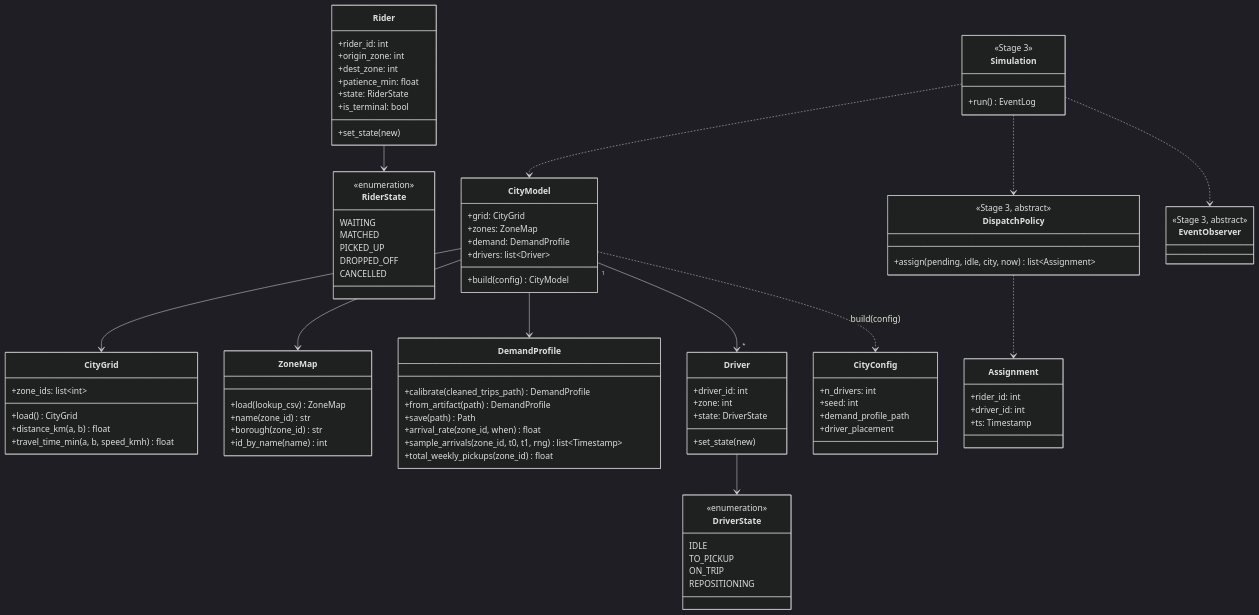
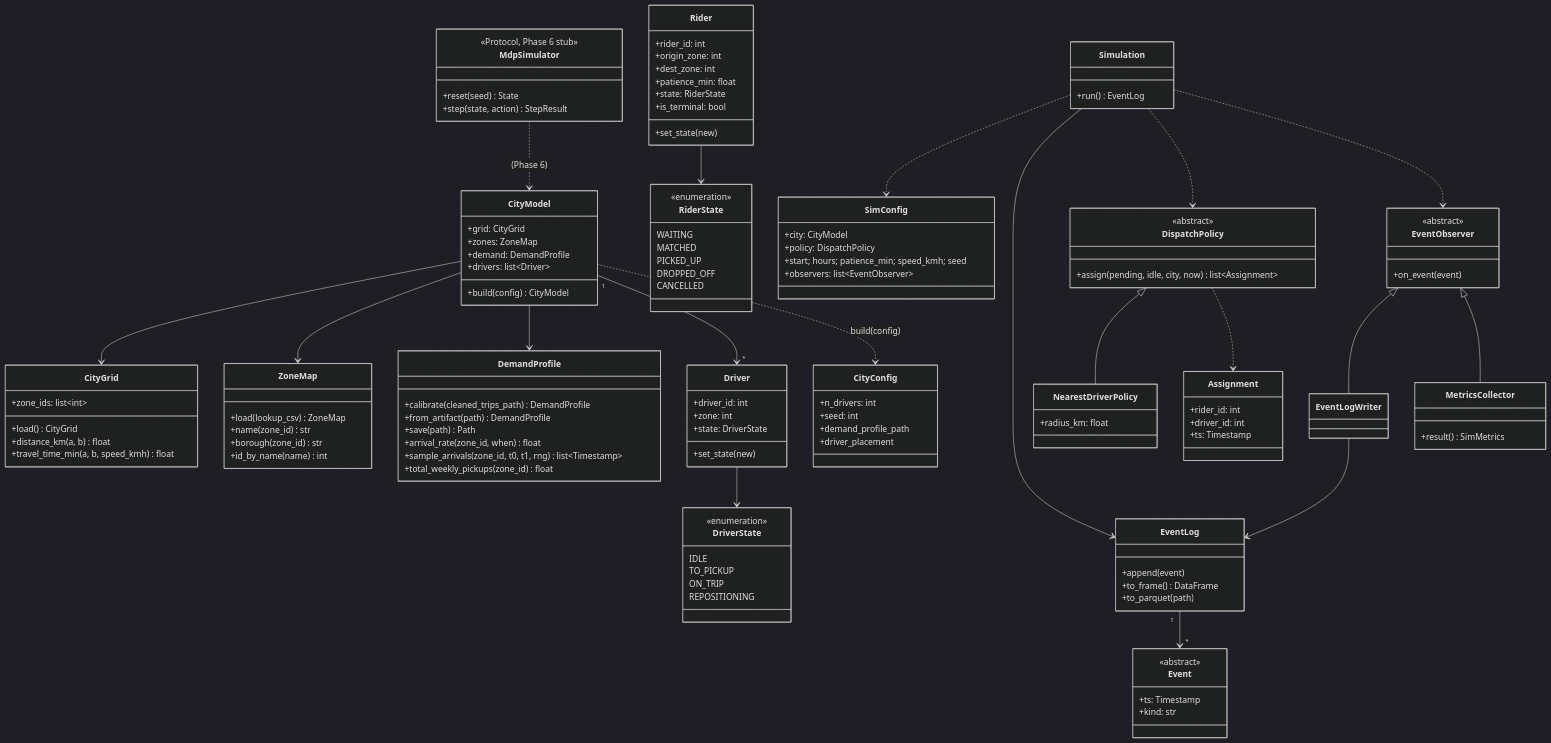
Before and after one commit to r03922123/ride_sharing: the diagram in docs/lld/sim-class-diagram.md, drawn with Mermaid (dark theme). The commit also changed other lines of this file and 2 other files, not shown here.

Commit message:
Stage 3 M6: ADR-0003 + class diagram; Stage 3 complete (Phase 0 Done)
Claude-Session: https://claude.ai/code/session_014uQ3YiC393SkhA9jnibFgT

````diff
--- a/docs/lld/sim-class-diagram.md
+++ b/docs/lld/sim-class-diagram.md
@@ -82,19 +83,55 @@
     Rider --> RiderState
     Driver --> DriverState
 
+    class SimConfig {
+      +city: CityModel
+      +policy: DispatchPolicy
+      +start; hours; patience_min; speed_kmh; seed
+      +observers: list~EventObserver~
+    }
     class Simulation {
-      <<Stage 3>>
       +run() EventLog
     }
     class DispatchPolicy {
-      <<Stage 3, abstract>>
+      <<abstract>>
       +assign(pending, idle, city, now) list~Assignment~
     }
+    class NearestDriverPolicy {
+      +radius_km: float
+    }
     class EventObserver {
-      <<Stage 3, abstract>>
+      <<abstract>>
+      +on_event(event)
     }
-    Simulation ..> CityModel
+    class EventLogWriter
+    class MetricsCollector {
+      +result() SimMetrics
+    }
+    class EventLog {
+      +append(event)
+      +to_frame() DataFrame
+      +to_parquet(path)
+    }
+    class Event {
+      <<abstract>>
+      +ts: Timestamp
+      +kind: str
+    }
+    class MdpSimulator {
+      <<Protocol, Phase 6 stub>>
+      +reset(seed) State
+      +step(state, action) StepResult
+    }
+
+    Simulation ..> SimConfig
+    Simulation --> EventLog
     Simulation ..> DispatchPolicy
     Simulation ..> EventObserver
+    DispatchPolicy <|-- NearestDriverPolicy
     DispatchPolicy ..> Assignment
+    EventObserver <|-- EventLogWriter
+    EventObserver <|-- MetricsCollector
+    EventLogWriter --> EventLog
+    EventLog "1" --> "*" Event
+    MdpSimulator ..> CityModel : (Phase 6)
 ```
````
